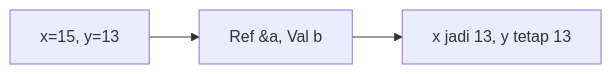
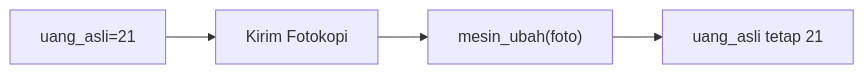
One commit to amnahwaida/OSNK_INF_PREP changed diagram 15 of 25 in part-c-pemahaman-cpp/04-fungsi/latihan/set-08.md. Above: the diagram before and after it, drawn with Mermaid. The commit also changed other lines of this file and 71 other files, not shown here.

````diff
--- a/part-c-pemahaman-cpp/04-fungsi/latihan/set-08.md
+++ b/part-c-pemahaman-cpp/04-fungsi/latihan/set-08.md
@@ -397,5 +413,6 @@
 ```mermaid
 graph LR
-A["x=15, y=13"] --> B["Ref &a, Val b"]
-B --> C["x jadi 13, y tetap 13"]
+A["uang_asli=21"] --> B["Kirim Fotokopi"]
+B --> C["mesin_ubah(foto)"]
+C --> D["uang_asli tetap 21"]
 ```
````
